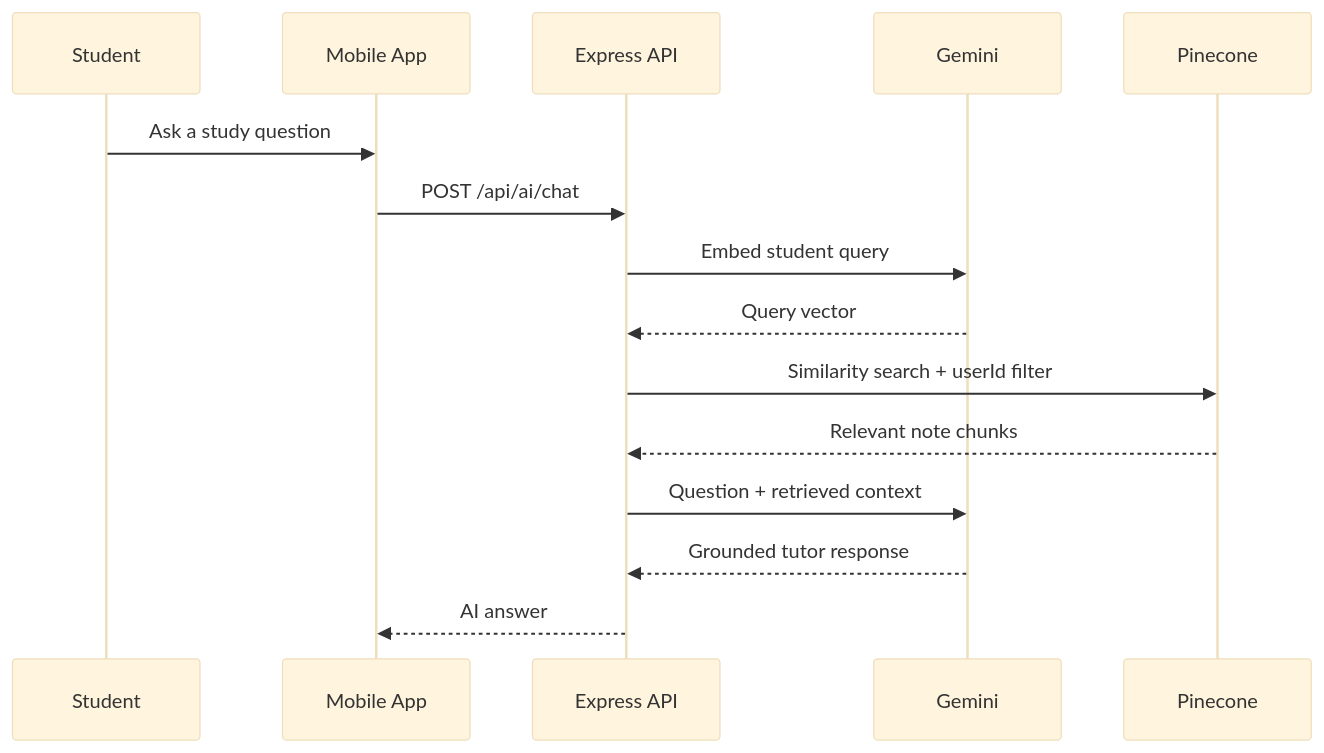
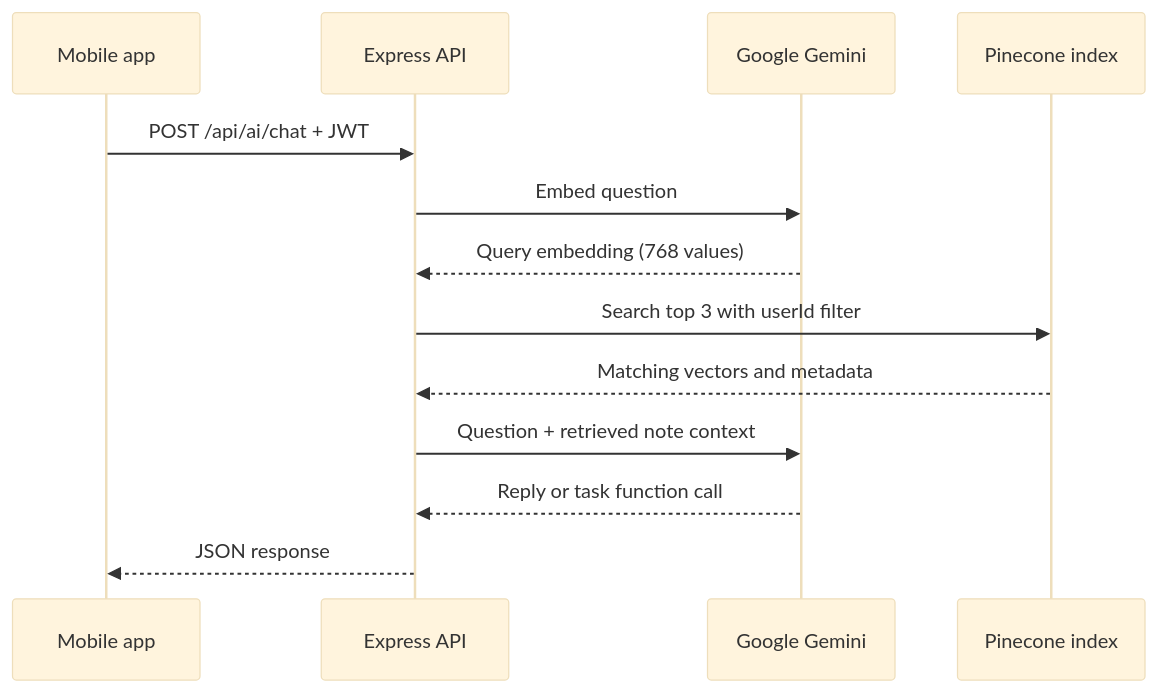
One commit to othmaneslaimani2-jpg/StudyBuddy-AI changed the third of 3 diagrams in README.md. Above: the diagram before and after it, drawn with Mermaid (base theme). The commit also changed other lines of this file, not shown here.

Commit message:
docs: update README with streamlined project overview and metadata badges

````diff
--- a/README.md
+++ b/README.md
@@ -246,18 +385,15 @@
 ```mermaid
 sequenceDiagram
-    participant S as Student
-    participant A as Mobile App
+    participant App as Mobile app
     participant API as Express API
-    participant G as Gemini
-    participant P as Pinecone
-
-    S->>A: Ask a study question
-    A->>API: POST /api/ai/chat
-    API->>G: Embed student query
-    G-->>API: Query vector
-    API->>P: Similarity search + userId filter
-    P-->>API: Relevant note chunks
-    API->>G: Question + retrieved context
-    G-->>API: Grounded tutor response
-    API-->>A: AI answer
+    participant Gemini as Google Gemini
+    participant Pinecone as Pinecone index
+    App->>API: POST /api/ai/chat + JWT
+    API->>Gemini: Embed question
+    Gemini-->>API: Query embedding (768 values)
+    API->>Pinecone: Search top 3 with userId filter
+    Pinecone-->>API: Matching vectors and metadata
+    API->>Gemini: Question + retrieved note context
+    Gemini-->>API: Reply or task function call
+    API-->>App: JSON response
 ```
````
